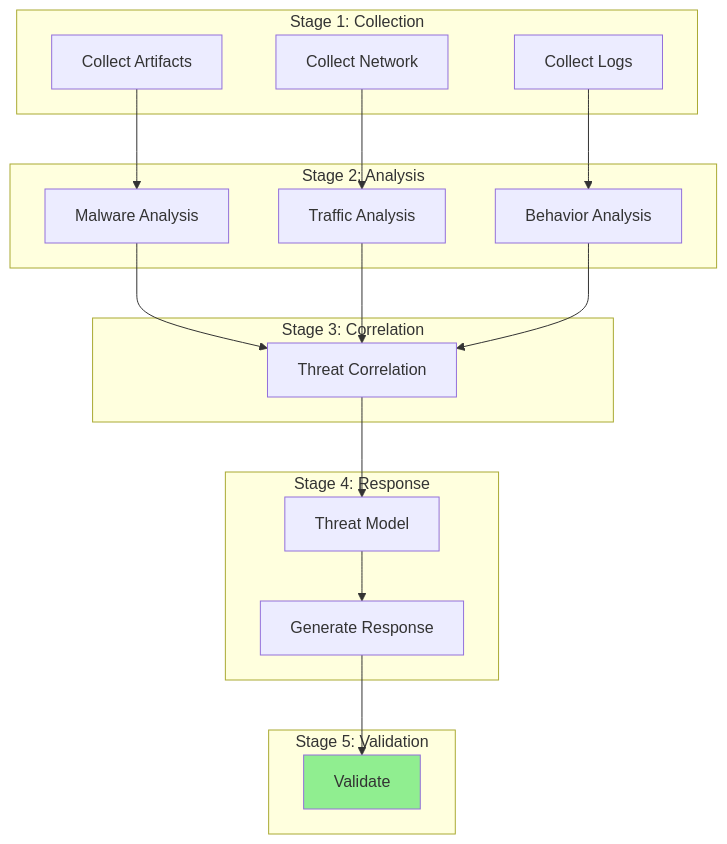
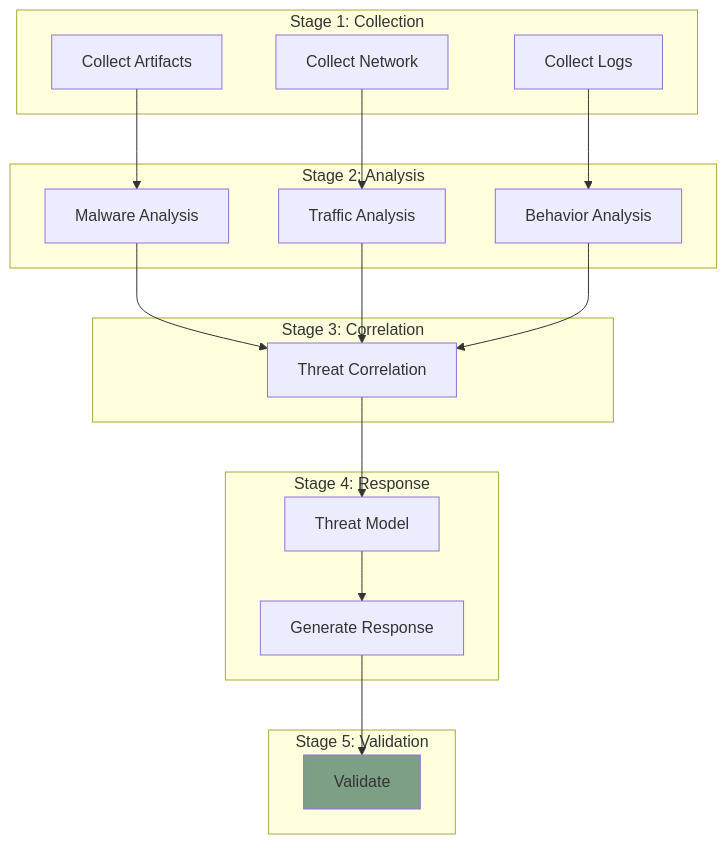
Before and after one commit to ScopeCreep-zip/Symbiont: the sixth of 6 diagrams in docs/tutorials/building-workflows.md, drawn with Mermaid. The commit also changed 17 other files, not shown here.

Commit message:
update to diagram colors

````diff
--- a/docs/tutorials/building-workflows.md
+++ b/docs/tutorials/building-workflows.md
@@ -510,39 +510,39 @@
 ```mermaid
 graph TB
     subgraph "Stage 1: Collection"
         L[Collect Logs]
         N[Collect Network]
         A[Collect Artifacts]
     end
 
     subgraph "Stage 2: Analysis"
         M[Malware Analysis]
         T[Traffic Analysis]
         B[Behavior Analysis]
     end
 
     subgraph "Stage 3: Correlation"
         C[Threat Correlation]
     end
 
     subgraph "Stage 4: Response"
         TM[Threat Model]
         R[Generate Response]
     end
 
     subgraph "Stage 5: Validation"
         V[Validate]
     end
 
     A --> M
     N --> T
     L --> B
     M --> C
     T --> C
     B --> C
     C --> TM
     TM --> R
     R --> V
 
-    style V fill:#90EE90
+    style V fill:#7d9f85
 ```
````
